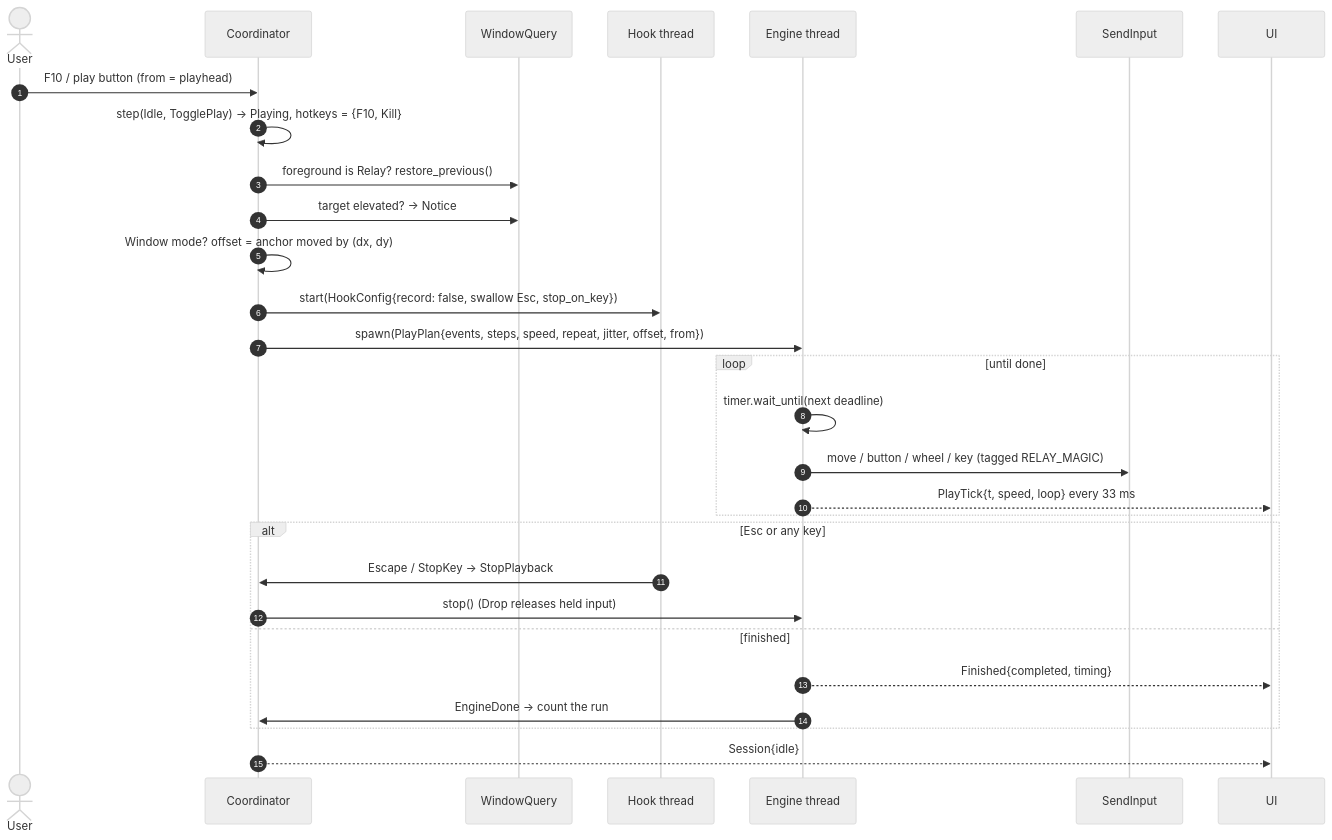
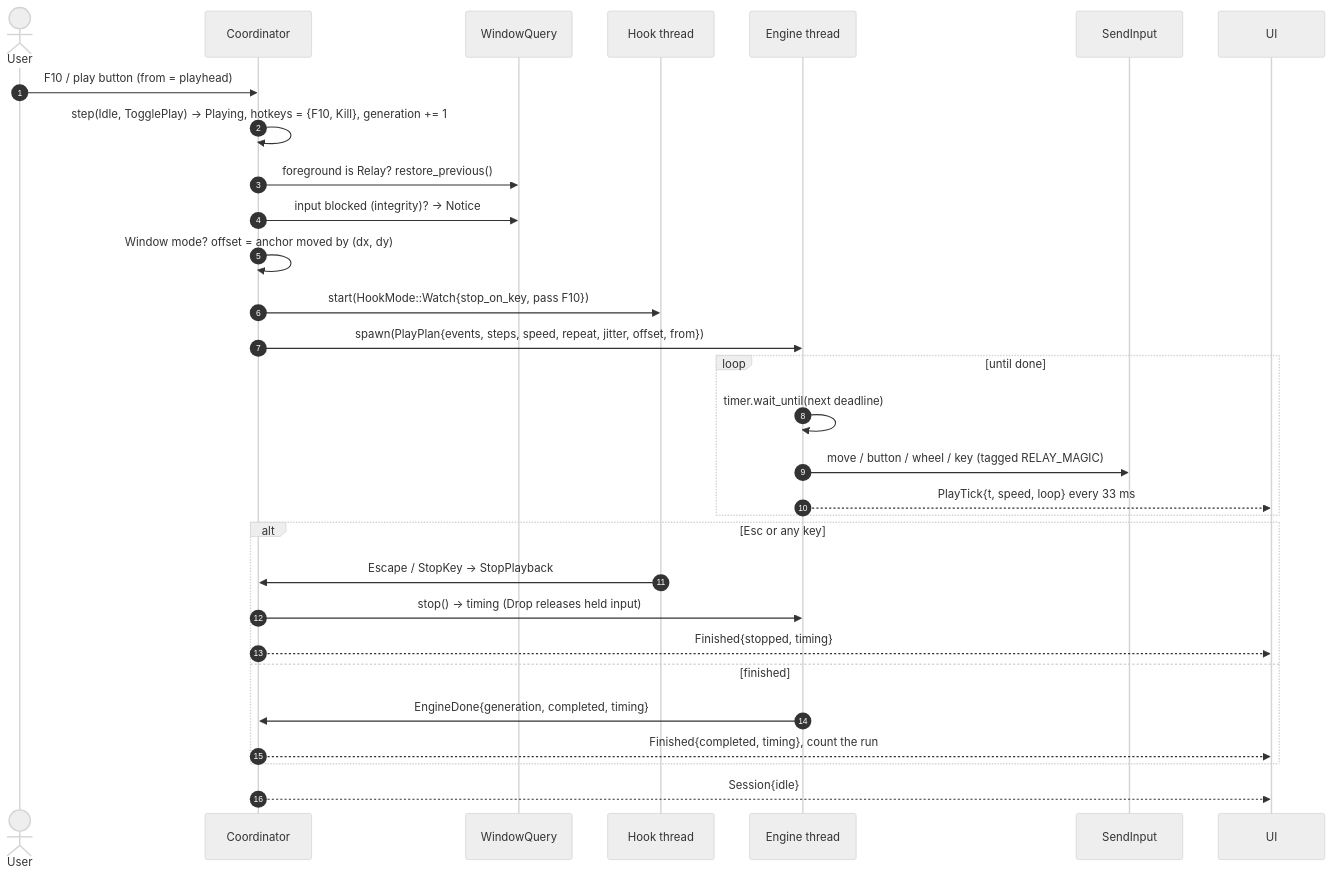
The fourth of 5 diagrams in docs/engineering/architecture.md (HappyRave/Relay), drawn with Mermaid (neutral theme) before and after one commit. The commit also changed other lines of this file and 8 other files, not shown here.

Commit message:
docs: the refactored architecture (hotkeys on the main thread, playback generations, hook press tracking, async-result guards, and more)

````diff
--- a/docs/engineering/architecture.md
+++ b/docs/engineering/architecture.md
@@ -134,32 +135,33 @@
 ```mermaid
 sequenceDiagram
     autonumber
     actor U as User
     participant C as Coordinator
     participant W as WindowQuery
     participant H as Hook thread
     participant P as Engine thread
     participant OS as SendInput
     participant UI
 
     U->>C: F10 / play button (from = playhead)
-    C->>C: step(Idle, TogglePlay) → Playing, hotkeys = {F10, Kill}
+    C->>C: step(Idle, TogglePlay) → Playing, hotkeys = {F10, Kill}, generation += 1
     C->>W: foreground is Relay? restore_previous()
-    C->>W: target elevated? → Notice
+    C->>W: input blocked (integrity)? → Notice
     C->>C: Window mode? offset = anchor moved by (dx, dy)
-    C->>H: start(HookConfig{record: false, swallow Esc, stop_on_key})
+    C->>H: start(HookMode::Watch{stop_on_key, pass F10})
     C->>P: spawn(PlayPlan{events, steps, speed, repeat, jitter, offset, from})
     loop until done
         P->>P: timer.wait_until(next deadline)
         P->>OS: move / button / wheel / key (tagged RELAY_MAGIC)
         P-->>UI: PlayTick{t, speed, loop} every 33 ms
     end
     alt Esc or any key
         H->>C: Escape / StopKey → StopPlayback
-        C->>P: stop() (Drop releases held input)
+        C->>P: stop() → timing (Drop releases held input)
+        C-->>UI: Finished{stopped, timing}
     else finished
-        P-->>UI: Finished{completed, timing}
-        P->>C: EngineDone → count the run
+        P->>C: EngineDone{generation, completed, timing}
+        C-->>UI: Finished{completed, timing}, count the run
     end
     C-->>UI: Session{idle}
 ```
````
